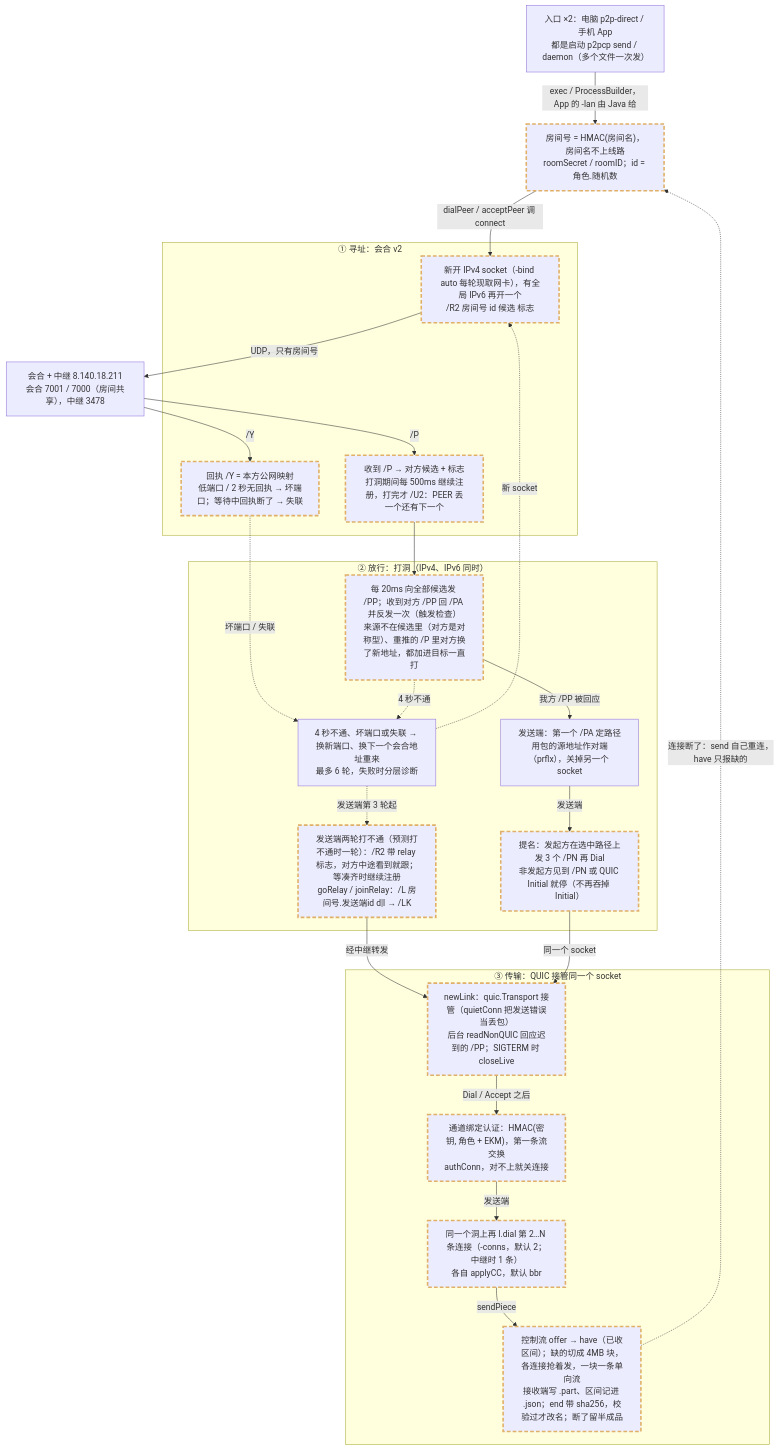
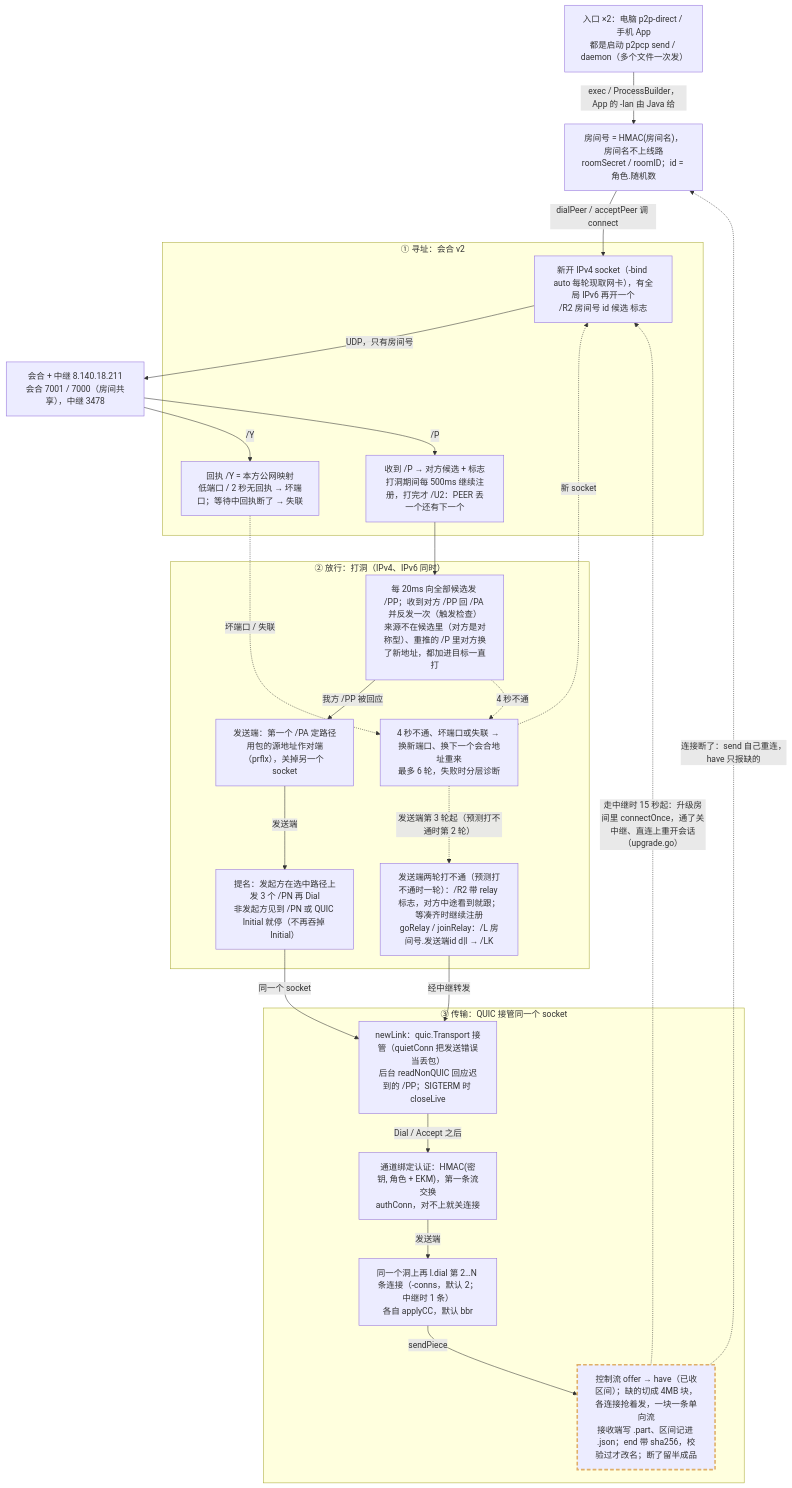
The diagram in docs/arch/24-flow-p2pcp.mmd (numb747/uu-remote-study), drawn with Mermaid before and after one commit. The commit also changed 9 other files, not shown here.

First line of the commit message:
架构地图：同步到 d578d66（第 8 步收尾），DESIGN 8 步全部勾掉

```diff
--- a/docs/arch/24-flow-p2pcp.mmd
+++ b/docs/arch/24-flow-p2pcp.mmd
@@ -1,60 +1,61 @@
 flowchart TD
   entry["入口 ×2：电脑 p2p-direct / 手机 App<br/>都是启动 p2pcp send / daemon（多个文件一次发）"]
-  rid["房间号 = HMAC(房间名)，房间名不上线路<br/>roomSecret / roomID；id = 角色.随机数"]:::changed
+  rid["房间号 = HMAC(房间名)，房间名不上线路<br/>roomSecret / roomID；id = 角色.随机数"]
   rdv["会合 + 中继 8.140.18.211<br/>会合 7001 / 7000（房间共享），中继 3478"]
 
   subgraph addr["① 寻址：会合 v2"]
-    reg["新开 IPv4 socket（-bind auto 每轮现取网卡），有全局 IPv6 再开一个<br/>/R2 房间号 id 候选 标志"]:::changed
-    you["回执 /Y = 本方公网映射<br/>低端口 / 2 秒无回执 → 坏端口；等待中回执断了 → 失联"]:::changed
-    peer["收到 /P → 对方候选 + 标志<br/>打洞期间每 500ms 继续注册，打完才 /U2：PEER 丢一个还有下一个"]:::changed
+    reg["新开 IPv4 socket（-bind auto 每轮现取网卡），有全局 IPv6 再开一个<br/>/R2 房间号 id 候选 标志"]
+    you["回执 /Y = 本方公网映射<br/>低端口 / 2 秒无回执 → 坏端口；等待中回执断了 → 失联"]
+    peer["收到 /P → 对方候选 + 标志<br/>打洞期间每 500ms 继续注册，打完才 /U2：PEER 丢一个还有下一个"]
   end
   subgraph pass["② 放行：打洞（IPv4、IPv6 同时）"]
-    punch["每 20ms 向全部候选发 /PP；收到对方 /PP 回 /PA 并反发一次（触发检查）<br/>来源不在候选里（对方是对称型）、重推的 /P 里对方换了新地址，都加进目标一直打"]:::changed
+    punch["每 20ms 向全部候选发 /PP；收到对方 /PP 回 /PA 并反发一次（触发检查）<br/>来源不在候选里（对方是对称型）、重推的 /P 里对方换了新地址，都加进目标一直打"]
     chosen["发送端：第一个 /PA 定路径<br/>用包的源地址作对端（prflx），关掉另一个 socket"]
-    nom["提名：发起方在选中路径上发 3 个 /PN 再 Dial<br/>非发起方见到 /PN 或 QUIC Initial 就停（不再吞掉 Initial）"]:::changed
+    nom["提名：发起方在选中路径上发 3 个 /PN 再 Dial<br/>非发起方见到 /PN 或 QUIC Initial 就停（不再吞掉 Initial）"]
     retry["4 秒不通、坏端口或失联 → 换新端口、换下一个会合地址重来<br/>最多 6 轮，失败时分层诊断"]
-    relay["发送端两轮打不通（预测打不通时一轮）：/R2 带 relay 标志，对方中途看到就跟；等凑齐时继续注册<br/>goRelay / joinRelay：/L 房间号.发送端id d|l → /LK"]:::changed
+    relay["发送端两轮打不通（预测打不通时一轮）：/R2 带 relay 标志，对方中途看到就跟；等凑齐时继续注册<br/>goRelay / joinRelay：/L 房间号.发送端id d|l → /LK"]
   end
   subgraph data["③ 传输：QUIC 接管同一个 socket"]
-    quic["newLink：quic.Transport 接管（quietConn 把发送错误当丢包）<br/>后台 readNonQUIC 回应迟到的 /PP；SIGTERM 时 closeLive"]:::changed
-    auth["通道绑定认证：HMAC(密钥, 角色 + EKM)，第一条流交换<br/>authConn，对不上就关连接"]:::changed
-    conns["同一个洞上再 l.dial 第 2…N 条连接（-conns，默认 2；中继时 1 条）<br/>各自 applyCC，默认 bbr"]:::changed
+    quic["newLink：quic.Transport 接管（quietConn 把发送错误当丢包）<br/>后台 readNonQUIC 回应迟到的 /PP；SIGTERM 时 closeLive"]
+    auth["通道绑定认证：HMAC(密钥, 角色 + EKM)，第一条流交换<br/>authConn，对不上就关连接"]
+    conns["同一个洞上再 l.dial 第 2…N 条连接（-conns，默认 2；中继时 1 条）<br/>各自 applyCC，默认 bbr"]
     pieces["控制流 offer → have（已收区间）；缺的切成 4MB 块，各连接抢着发，一块一条单向流<br/>接收端写 .part、区间记进 .json；end 带 sha256，校验过才改名；断了留半成品"]:::changed
   end
 
   entry -->|"exec / ProcessBuilder，App 的 -lan 由 Java 给"| rid
   rid -->|"dialPeer / acceptPeer 调 connect"| reg
   reg -->|"UDP，只有房间号"| rdv
   rdv -->|"/Y"| you
   rdv -->|"/P"| peer
   you -.->|"坏端口 / 失联"| retry
   peer --> punch
   punch -->|"我方 /PP 被回应"| chosen
   chosen -->|"发送端"| nom
   punch -.->|"4 秒不通"| retry
   retry -.->|"新 socket"| reg
-  retry -.->|"发送端第 3 轮起"| relay
+  retry -.->|"发送端第 3 轮起（预测打不通时第 2 轮）"| relay
   relay -->|"经中继转发"| quic
   nom -->|"同一个 socket"| quic
   quic -->|"Dial / Accept 之后"| auth
   auth -->|"发送端"| conns
   conns -->|"sendPiece"| pieces
   pieces -.->|"连接断了：send 自己重连，have 只报缺的"| rid
+  pieces -.->|"走中继时 15 秒起：升级房间里 connectOnce，通了关中继、直连上重开会话（upgrade.go）"| reg
 
 %% @src entry apps/pc/p2p-direct case ${1:-} in
 %% @src rid lab/p2pcp/auth.go func roomID(
 %% @src rdv lab/punch/main.go func runServer
 %% @src reg lab/p2pcp/rdv.go return []byte(fmt.Sprintf("/R2
 %% @src you lab/p2pcp/rdv.go f[0] == "/Y"
 %% @src peer lab/p2pcp/rdv.go // 打洞期间继续每 500ms 注册一次
 %% @src punch lab/p2pcp/rdv.go via.WriteToUDP(pktPunch, a)
 %% @src chosen lab/p2pcp/rdv.go choose := func(c *net.UDPConn
 %% @src nom lab/p2pcp/rdv.go chosenOn.WriteToUDP(pktNom, chosen)
 %% @src retry lab/p2pcp/rdv.go const attempts = 6
 %% @src relay lab/p2pcp/rdv.go func joinRelay(
 %% @src quic lab/p2pcp/link.go func newLink(
 %% @src auth lab/p2pcp/auth.go func authConn(
 %% @src conns lab/p2pcp/transfer.go c, err := l.dial()
 %% @src pieces lab/p2pcp/transfer.go func recvFile(
 %% @link entry 31-p2p-direct.mmd
 classDef changed stroke:#e0af68,stroke-width:3px,stroke-dasharray:7 4
```
